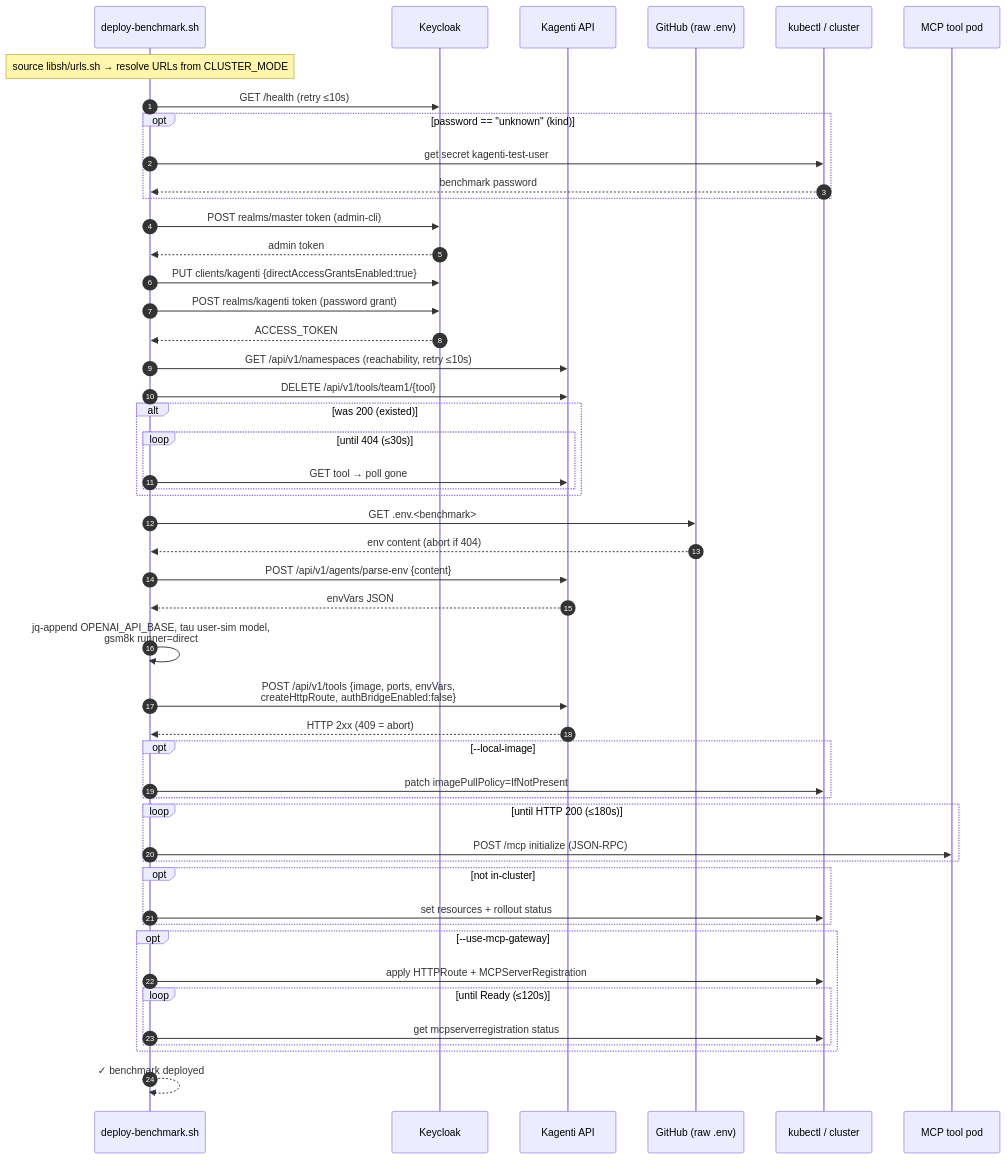
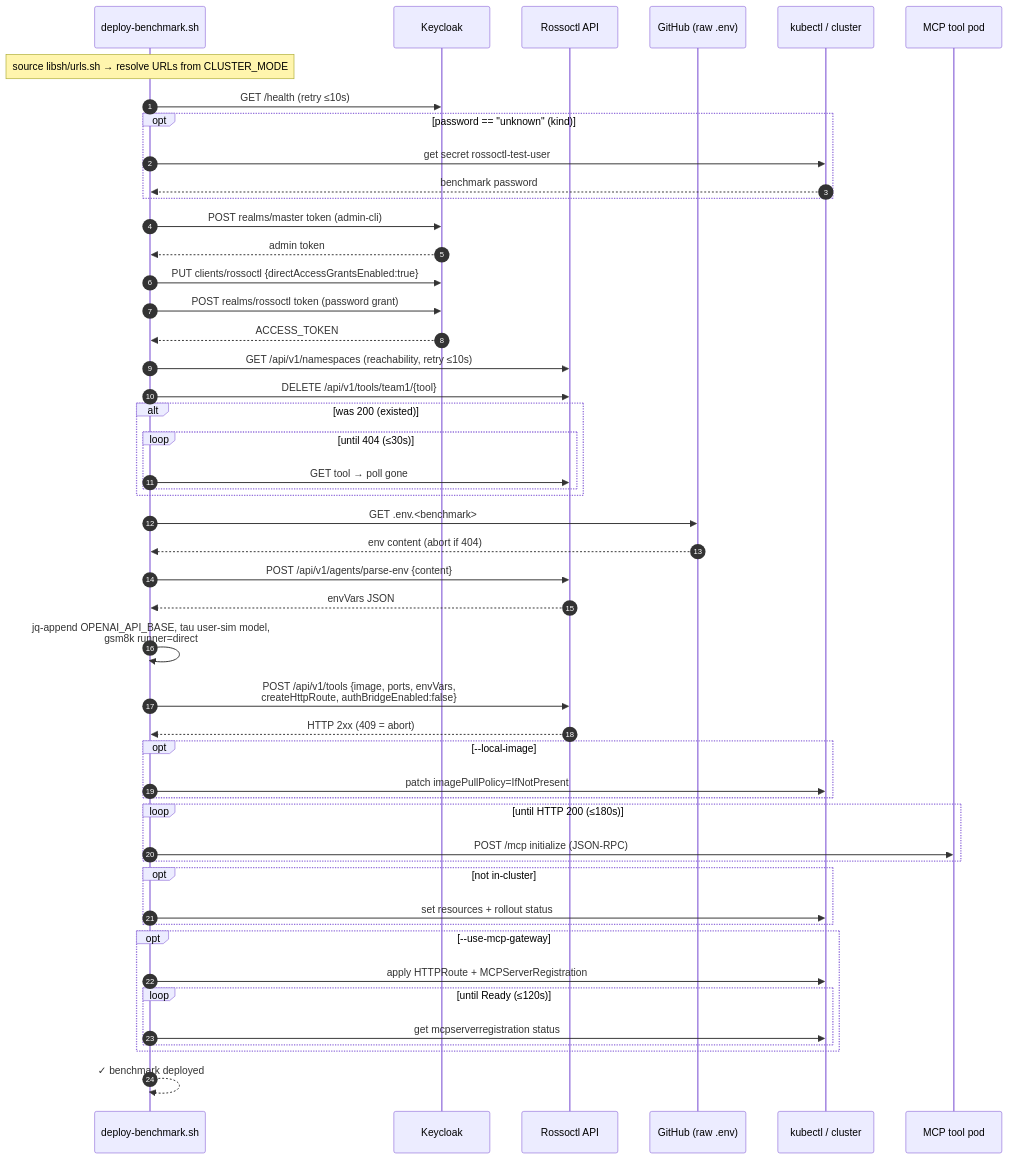
The third of 9 diagrams in exgentic_a2a_runner/docs/workflow-diagrams.md (rossoctl/workload-harness), drawn with Mermaid before and after one commit. The commit also changed other lines of this file and 17 other files, not shown here.

First line of the commit message:
rename: Kagenti → Rossoctl throughout scripts and docs

````diff
--- a/exgentic_a2a_runner/docs/workflow-diagrams.md
+++ b/exgentic_a2a_runner/docs/workflow-diagrams.md
@@ -102,56 +102,56 @@
 ```mermaid
 sequenceDiagram
     autonumber
     participant Bench as deploy-benchmark.sh
     participant KC as Keycloak
-    participant KAG as Kagenti API
+    participant KAG as Rossoctl API
     participant GH as GitHub (raw .env)
     participant K8s as kubectl / cluster
     participant MCP as MCP tool pod
 
     note over Bench: source libsh/urls.sh → resolve URLs from CLUSTER_MODE
     Bench->>KC: GET /health (retry ≤10s)
     opt password == "unknown" (kind)
-        Bench->>K8s: get secret kagenti-test-user
+        Bench->>K8s: get secret rossoctl-test-user
         K8s-->>Bench: benchmark password
     end
     Bench->>KC: POST realms/master token (admin-cli)
     KC-->>Bench: admin token
-    Bench->>KC: PUT clients/kagenti {directAccessGrantsEnabled:true}
-    Bench->>KC: POST realms/kagenti token (password grant)
+    Bench->>KC: PUT clients/rossoctl {directAccessGrantsEnabled:true}
+    Bench->>KC: POST realms/rossoctl token (password grant)
     KC-->>Bench: ACCESS_TOKEN
     Bench->>KAG: GET /api/v1/namespaces (reachability, retry ≤10s)
 
     Bench->>KAG: DELETE /api/v1/tools/team1/{tool}
     alt was 200 (existed)
         loop until 404 (≤30s)
             Bench->>KAG: GET tool → poll gone
         end
     end
 
     Bench->>GH: GET .env.<benchmark>
     GH-->>Bench: env content (abort if 404)
     Bench->>KAG: POST /api/v1/agents/parse-env {content}
     KAG-->>Bench: envVars JSON
     Bench->>Bench: jq-append OPENAI_API_BASE, tau user-sim model,<br/>gsm8k runner=direct
 
     Bench->>KAG: POST /api/v1/tools {image, ports, envVars,<br/>createHttpRoute, authBridgeEnabled:false}
     KAG-->>Bench: HTTP 2xx (409 = abort)
     opt --local-image
         Bench->>K8s: patch imagePullPolicy=IfNotPresent
     end
 
     loop until HTTP 200 (≤180s)
         Bench->>MCP: POST /mcp initialize (JSON-RPC)
     end
     opt not in-cluster
         Bench->>K8s: set resources + rollout status
     end
     opt --use-mcp-gateway
         Bench->>K8s: apply HTTPRoute + MCPServerRegistration
         loop until Ready (≤120s)
             Bench->>K8s: get mcpserverregistration status
         end
     end
     Bench-->>Bench: ✓ benchmark deployed
 ```
````
